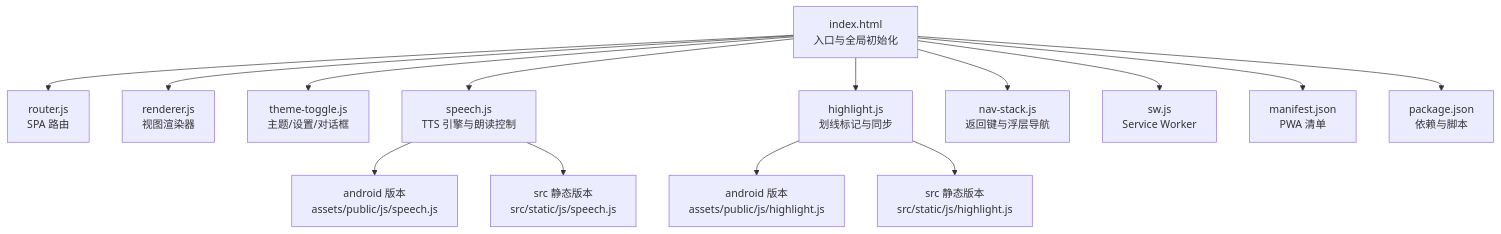
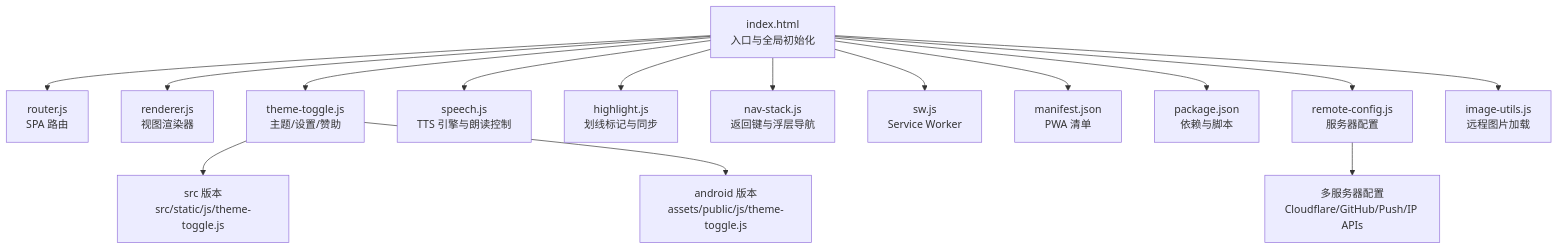
The first of 11 diagrams in .qoder/repowiki/zh/content/高级功能/前端功能.md (zhao-zg/cx), drawn with Mermaid before and after one commit. The commit also changed other lines of this file and 33 other files, not shown here.

````diff
--- a/.qoder/repowiki/zh/content/高级功能/前端功能.md
+++ b/.qoder/repowiki/zh/content/高级功能/前端功能.md
@@ -53,16 +60,17 @@
 ```mermaid
 graph TB
 A["index.html<br/>入口与全局初始化"] --> B["router.js<br/>SPA 路由"]
 A --> C["renderer.js<br/>视图渲染器"]
-A --> D["theme-toggle.js<br/>主题/设置/对话框"]
+A --> D["theme-toggle.js<br/>主题/设置/赞助"]
 A --> E["speech.js<br/>TTS 引擎与朗读控制"]
 A --> F["highlight.js<br/>划线标记与同步"]
 A --> G["nav-stack.js<br/>返回键与浮层导航"]
 A --> H["sw.js<br/>Service Worker"]
 A --> I["manifest.json<br/>PWA 清单"]
 A --> J["package.json<br/>依赖与脚本"]
-E --> K["android 版本<br/>assets/public/js/speech.js"]
-E --> L["src 静态版本<br/>src/static/js/speech.js"]
-F --> M["android 版本<br/>assets/public/js/highlight.js"]
-F --> N["src 静态版本<br/>src/static/js/highlight.js"]
+A --> K["remote-config.js<br/>服务器配置"]
+A --> L["image-utils.js<br/>远程图片加载"]
+D --> M["src 版本<br/>src/static/js/theme-toggle.js"]
+D --> N["android 版本<br/>assets/public/js/theme-toggle.js"]
+K --> O["多服务器配置<br/>Cloudflare/GitHub/Push/IP APIs"]
 ```
````
